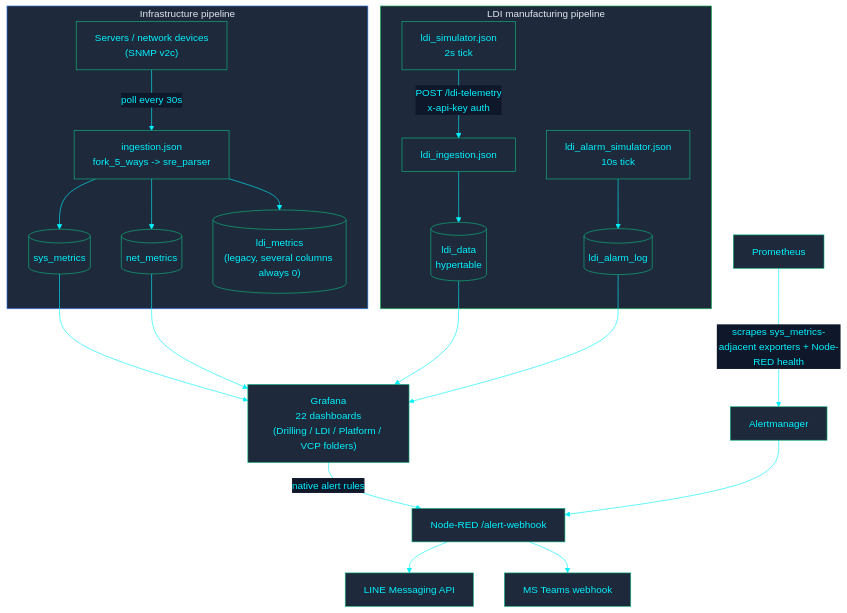
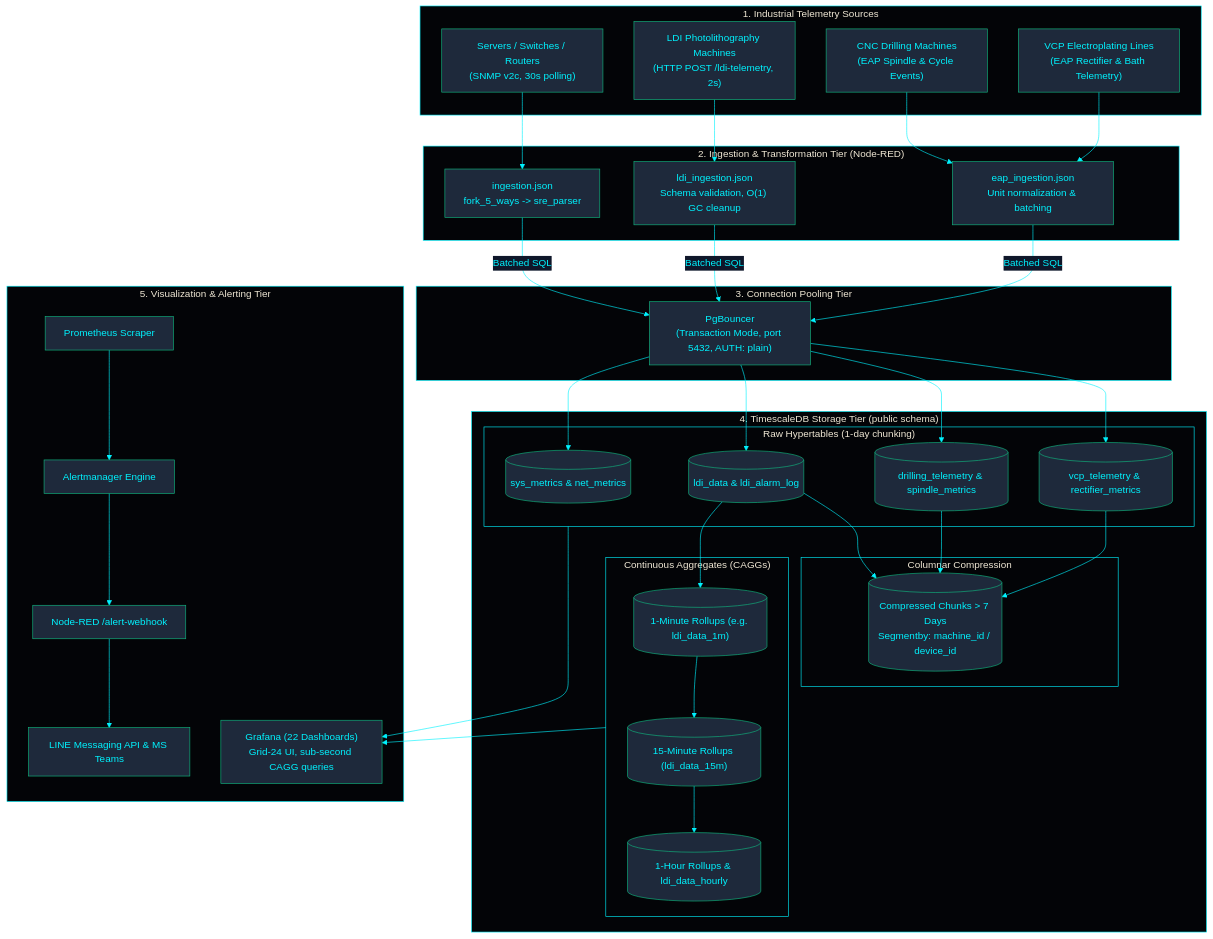
The first of 3 diagrams in docs/architecture/DATA_FLOW.md (PATTANAKORN025/IMS), drawn with Mermaid before and after one commit. The commit also changed other lines of this file and 29 other files, not shown here.

Commit message:
docs: elevate ADRs, data flow, DR playbooks, mock data, and update flag to Taiwan flag across en/th/zh-CN

````diff
--- a/docs/architecture/DATA_FLOW.md
+++ b/docs/architecture/DATA_FLOW.md
@@ -18,30 +28,78 @@
 ```mermaid
 %%{init: {'theme': 'base', 'themeVariables': { 'primaryColor': '#1e293b', 'primaryTextColor': '#00F2FE', 'primaryBorderColor': '#10B981', 'lineColor': '#00F2FE', 'secondaryColor': '#0f172a', 'tertiaryColor': '#0f172a', 'clusterBkg': '#030407', 'clusterBorder': '#00F2FE'}}}%%
 flowchart TB
- subgraph INFRA["Infrastructure pipeline"]
-  DEV["Servers / network devices\n(SNMP v2c)"] -->|"poll every 30s"| WALK["ingestion.json\nfork_5_ways -> sre_parser"]
-  WALK --> SYS[("sys_metrics")]
-  WALK --> NET[("net_metrics")]
-  WALK --> LDIM[("ldi_metrics\n(legacy, several columns always 0)")]
- end
+  subgraph SOURCES["1. Industrial Telemetry Sources"]
+    SNMP_DEV["Servers / Switches / Routers
+(SNMP v2c, 30s polling)"]
+    LDI_DEV["LDI Photolithography Machines
+(HTTP POST /ldi-telemetry, 2s)"]
+    DRL_DEV["CNC Drilling Machines
+(EAP Spindle & Cycle Events)"]
+    VCP_DEV["VCP Electroplating Lines
+(EAP Rectifier & Bath Telemetry)"]
+  end
 
- subgraph LDI["LDI manufacturing pipeline"]
-  SIM["ldi_simulator.json\n2s tick"] -->|"POST /ldi-telemetry\nx-api-key auth"| ING["ldi_ingestion.json"]
-  ING --> LDID[("ldi_data\nhypertable")]
-  ALMSIM["ldi_alarm_simulator.json\n10s tick"] --> ALOG[("ldi_alarm_log")]
- end
+  subgraph INGESTION["2. Ingestion & Transformation Tier (Node-RED)"]
+    NR_INFRA["ingestion.json
+fork_5_ways -> sre_parser"]
+    NR_LDI["ldi_ingestion.json
+Schema validation, O(1) GC cleanup"]
+    NR_EAP["eap_ingestion.json
+Unit normalization & batching"]
+  end
 
- SYS --> GRAFANA["Grafana\n22 dashboards\n(Drilling / LDI / Platform / VCP folders)"]
- NET --> GRAFANA
- LDID --> GRAFANA
- ALOG --> GRAFANA
+  subgraph POOL["3. Connection Pooling Tier"]
+    PGB["PgBouncer
+(Transaction Mode, port 5432, AUTH: plain)"]
+  end
 
- GRAFANA -->|"native alert rules"| WEBHOOK["Node-RED /alert-webhook"]
- PROM["Prometheus"] -->|"scrapes sys_metrics-adjacent exporters + Node-RED health"| AM["Alertmanager"]
- AM --> WEBHOOK
- WEBHOOK --> LINE["LINE Messaging API"]
- WEBHOOK --> TEAMS["MS Teams webhook"]
+  subgraph STORAGE["4. TimescaleDB Storage Tier (public schema)"]
+    subgraph HYPER["Raw Hypertables (1-day chunking)"]
+      HT_SYS[("sys_metrics & net_metrics")]
+      HT_LDI[("ldi_data & ldi_alarm_log")]
+      HT_DRL[("drilling_telemetry & spindle_metrics")]
+      HT_VCP[("vcp_telemetry & rectifier_metrics")]
+    end
+    subgraph CAGGS["Continuous Aggregates (CAGGs)"]
+      CAGG_1M[("1-Minute Rollups (e.g. ldi_data_1m)")]
+      CAGG_15M[("15-Minute Rollups (ldi_data_15m)")]
+      CAGG_1H[("1-Hour Rollups & ldi_data_hourly")]
+    end
+    subgraph COMPRESS["Columnar Compression"]
+      COL[("Compressed Chunks > 7 Days
+Segmentby: machine_id / device_id")]
+    end
+  end
 
- style INFRA fill:#1e293b,stroke:#3b82f6,color:#e2e8f0
- style LDI fill:#1e293b,stroke:#22c55e,color:#e2e8f0
+  subgraph DISPATCH["5. Visualization & Alerting Tier"]
+    GRAF["Grafana (22 Dashboards)
+Grid-24 UI, sub-second CAGG queries"]
+    PROM["Prometheus Scraper"]
+    AM["Alertmanager Engine"]
+    WH["Node-RED /alert-webhook"]
+    NOTIF["LINE Messaging API & MS Teams"]
+  end
+
+  SNMP_DEV --> NR_INFRA
+  LDI_DEV --> NR_LDI
+  DRL_DEV --> NR_EAP
+  VCP_DEV --> NR_EAP
+
+  NR_INFRA -->|Batched SQL| PGB
+  NR_LDI -->|Batched SQL| PGB
+  NR_EAP -->|Batched SQL| PGB
+
+  PGB --> HT_SYS
+  PGB --> HT_LDI
+  PGB --> HT_DRL
+  PGB --> HT_VCP
+
+  HT_LDI --> CAGG_1M --> CAGG_15M --> CAGG_1H
+  HT_LDI --> COL
+  HT_DRL --> COL
+  HT_VCP --> COL
+
+  CAGGS --> GRAF
+  HYPER --> GRAF
+  PROM --> AM --> WH --> NOTIF
 ```
````
